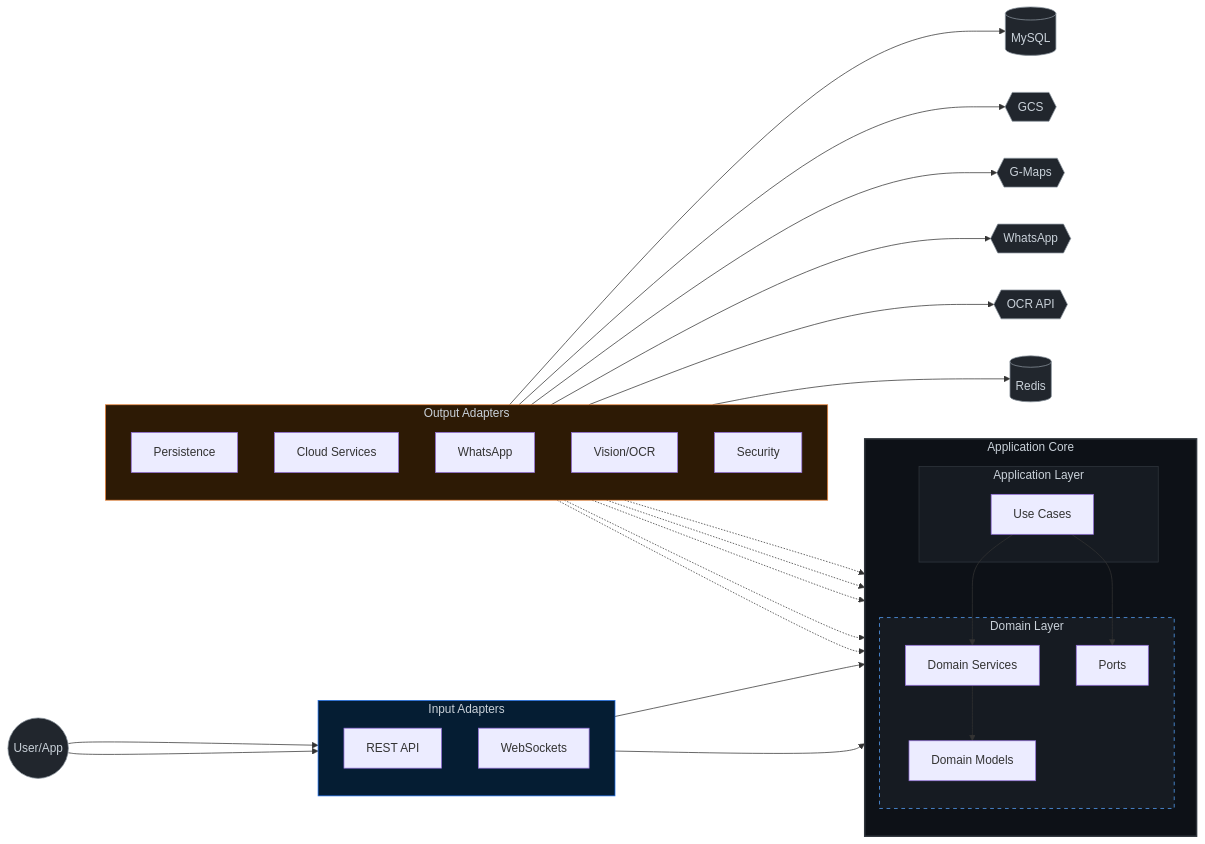
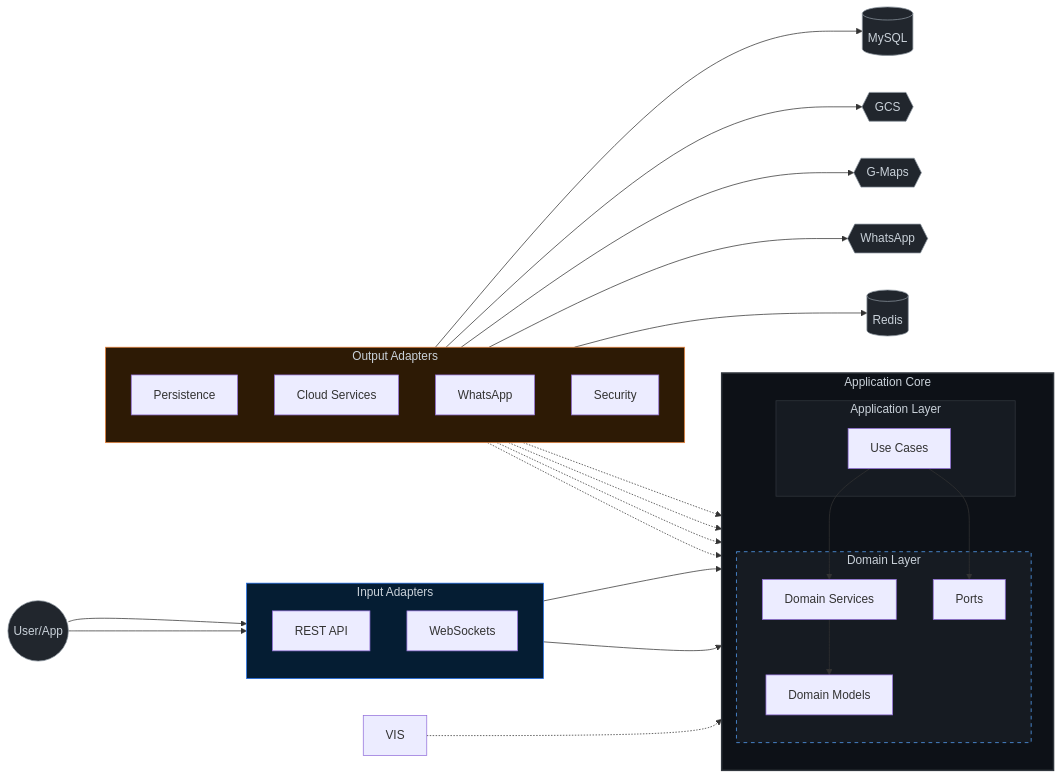
The first of 3 diagrams in README.en.md (fttmatteo/messenger-backend), drawn with Mermaid before and after one commit. The commit also changed other lines of this file and 51 other files, not shown here.

````diff
--- a/README.en.md
+++ b/README.en.md
@@ -50,71 +50,71 @@
 ```mermaid
 graph LR
     %% External Actors
     USER((User/App))
     MAPS{{G-Maps}}
     GCS{{GCS}}
     WAPP{{WhatsApp}}
-    OCR_EXT{{OCR API}}
+
     DB[(MySQL)]
     REDIS[(Redis)]
 
     subgraph IN [Input Adapters]
         direction TB
         REST[REST API]
         SOC[WebSockets]
     end
 
     subgraph CORE [Application Core]
         direction TB
         subgraph APP [Application Layer]
             UC[Use Cases]
         end
         subgraph DOMAIN [Domain Layer]
             SVC[Domain Services]
             PORTS[Ports]
             MODEL[Domain Models]
         end
     end
 
     subgraph OUT [Output Adapters]
         direction TB
         PERS[Persistence]
         CLD[Cloud Services]
         WABA[WhatsApp]
-        VIS[Vision/OCR]
+
         SEC[Security]
     end
 
     %% Inbound Flow
     USER --> REST & SOC
     REST & SOC --> UC
 
     %% Application Logic
     UC --> SVC
     UC --> PORTS
     SVC --> MODEL
 
     %% Outbound Flow (Dependency Inversion)
     PERS -.-> PORTS
     CLD -.-> PORTS
     WABA -.-> PORTS
     VIS -.-> PORTS
     SEC -.-> PORTS
 
     %% Infrastructure Connections
     PERS --> DB
     CLD --> GCS & MAPS
     WABA --> WAPP
-    VIS --> OCR_EXT
+
     SEC --> REDIS
 
     %% Styling
     style CORE fill:#0d1117,stroke:#30363d,stroke-width:2px,color:#c9d1d9
     style DOMAIN fill:#161b22,stroke:#58a6ff,stroke-dasharray: 5 5,color:#c9d1d9
     style APP fill:#161b22,stroke:#30363d,color:#c9d1d9
     style IN fill:#051d33,stroke:#1f6feb,color:#c9d1d9
     style OUT fill:#2d1a05,stroke:#f0883e,color:#c9d1d9
 
     classDef actor fill:#21262d,stroke:#8b949e,color:#c9d1d9
-    class USER,MAPS,GCS,WAPP,OCR_EXT,DB,REDIS actor
+    class USER,MAPS,GCS,WAPP,DB,REDIS actor
 ```
````
